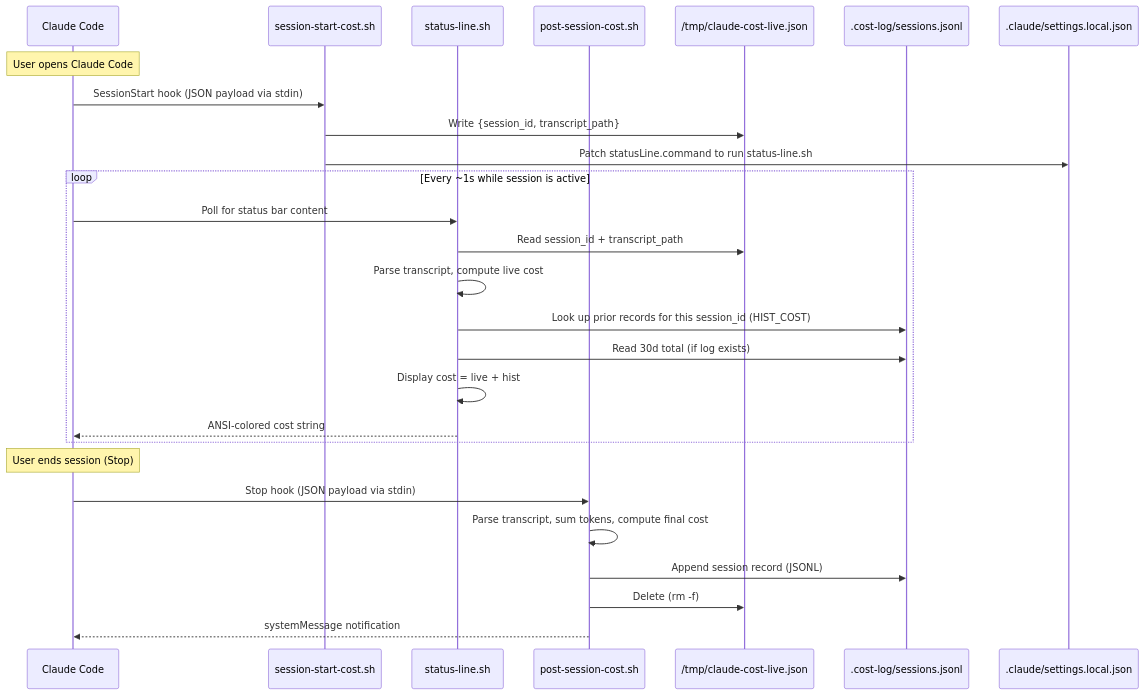
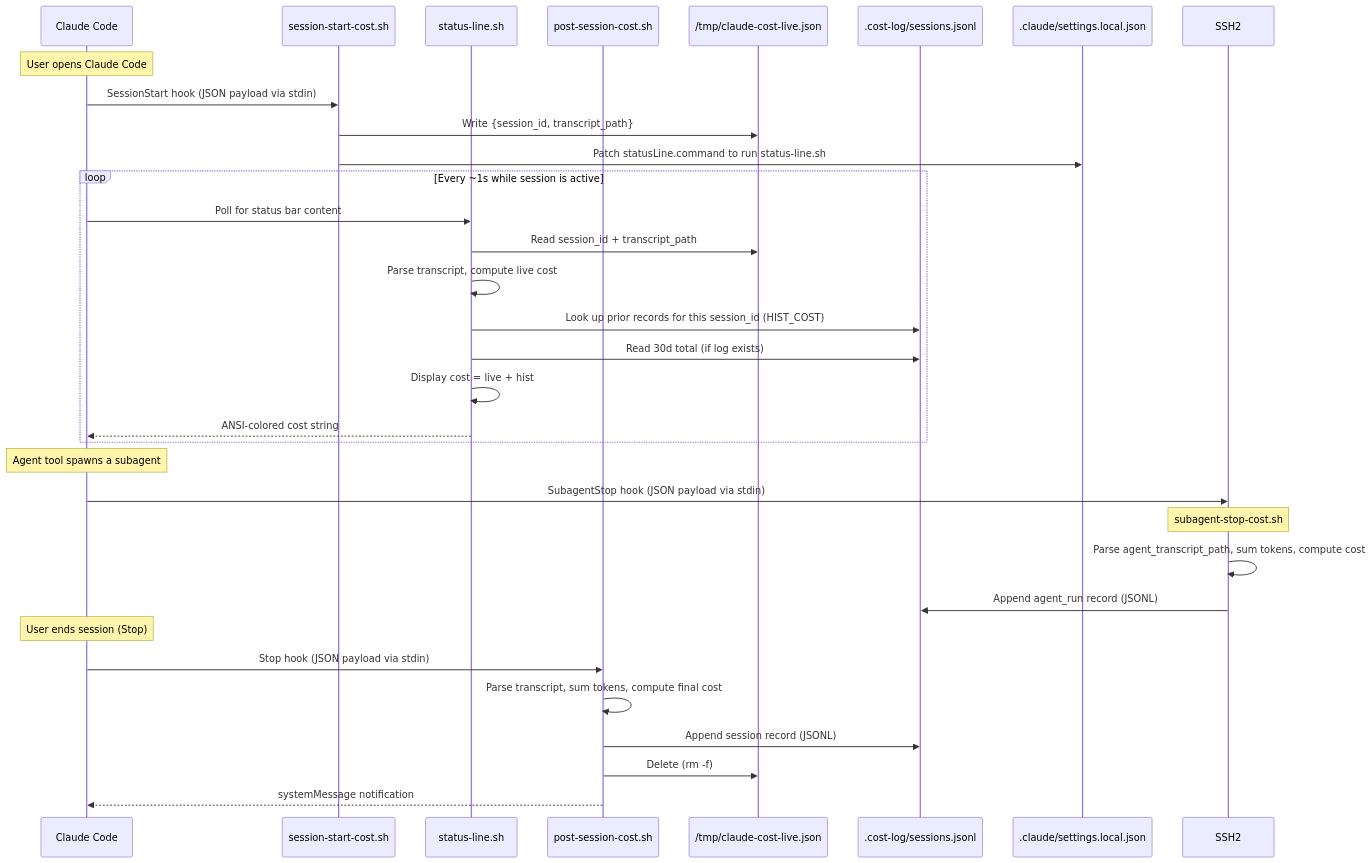
Before and after one commit to pcamarajr/content-stack: the first of 4 diagrams in cost-tracker/docs/architecture.md, drawn with Mermaid. The commit also changed other lines of this file and 5 other files, not shown here.

First line of the commit message:
fix(cost-tracker): track subagent token usage via SubagentStop hook (#23)

````diff
--- a/cost-tracker/docs/architecture.md
+++ b/cost-tracker/docs/architecture.md
@@ -46,32 +47,38 @@
 ```mermaid
 sequenceDiagram
     participant CC as Claude Code
     participant SSH as session-start-cost.sh
     participant SL as status-line.sh
     participant PSH as post-session-cost.sh
     participant TMP as /tmp/claude-cost-live.json
     participant LOG as .cost-log/sessions.jsonl
     participant LSJ as .claude/settings.local.json
 
     Note over CC: User opens Claude Code
     CC->>SSH: SessionStart hook (JSON payload via stdin)
     SSH->>TMP: Write {session_id, transcript_path}
     SSH->>LSJ: Patch statusLine.command to run status-line.sh
 
     loop Every ~1s while session is active
         CC->>SL: Poll for status bar content
         SL->>TMP: Read session_id + transcript_path
         SL->>SL: Parse transcript, compute live cost
         SL->>LOG: Look up prior records for this session_id (HIST_COST)
         SL->>LOG: Read 30d total (if log exists)
         SL->>SL: Display cost = live + hist
         SL-->>CC: ANSI-colored cost string
     end
 
+    Note over CC: Agent tool spawns a subagent
+    CC->>SSH2: SubagentStop hook (JSON payload via stdin)
+    Note over SSH2: subagent-stop-cost.sh
+    SSH2->>SSH2: Parse agent_transcript_path, sum tokens, compute cost
+    SSH2->>LOG: Append agent_run record (JSONL)
+
     Note over CC: User ends session (Stop)
     CC->>PSH: Stop hook (JSON payload via stdin)
     PSH->>PSH: Parse transcript, sum tokens, compute final cost
     PSH->>LOG: Append session record (JSONL)
     PSH->>TMP: Delete (rm -f)
     PSH-->>CC: systemMessage notification
 ```
````
